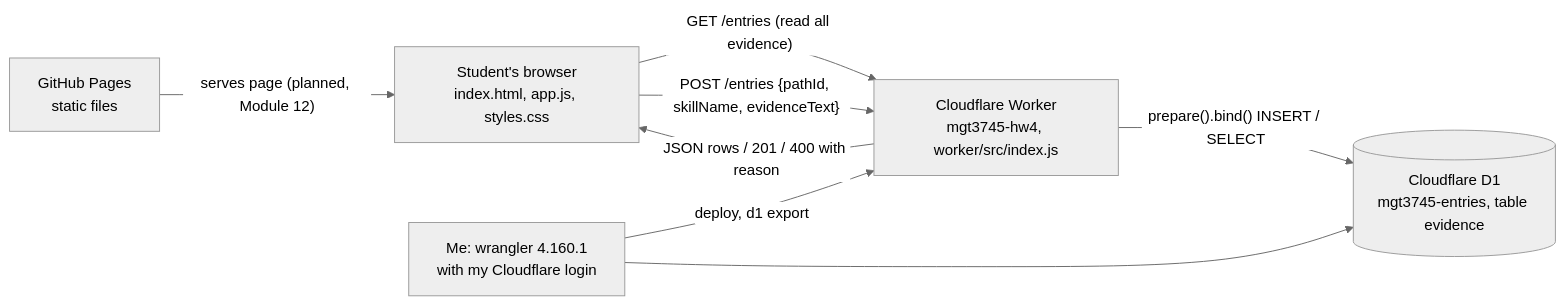
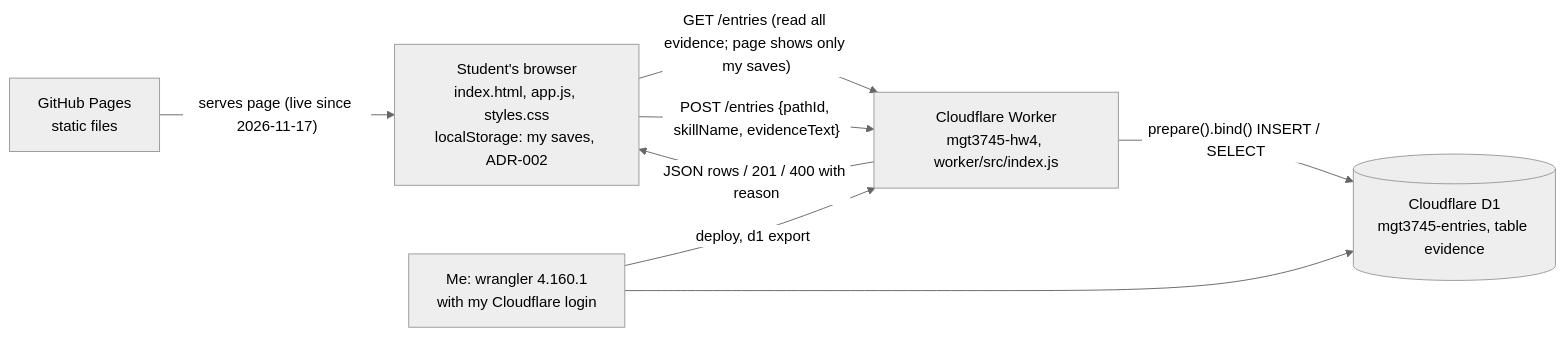
The diagram in context/ARCHITECTURE.md (ReginaChoi/mgt3745-final-ReginaChoi), drawn with Mermaid (neutral theme) before and after one commit. The commit also changed other lines of this file and 2 other files, not shown here.

Commit message:
ADR-002 (own evidence only, ADR-001 reversal trigger hit), FEATURES AC-6 failure and AC-14 to AC-16, Trust Boundary

````diff
--- a/context/ARCHITECTURE.md
+++ b/context/ARCHITECTURE.md
@@ -7,10 +7,10 @@
 ```mermaid
 flowchart LR
-  S[Student's browser<br/>index.html, app.js, styles.css] -- "GET /entries (read all evidence)" --> W
+  S[Student's browser<br/>index.html, app.js, styles.css<br/>localStorage: my saves, ADR-002] -- "GET /entries (read all evidence; page shows only my saves)" --> W
   S -- "POST /entries {pathId, skillName, evidenceText}" --> W
   W[Cloudflare Worker<br/>mgt3745-hw4, worker/src/index.js] -- "prepare().bind() INSERT / SELECT" --> D[(Cloudflare D1<br/>mgt3745-entries, table evidence)]
   W -- "JSON rows / 201 / 400 with reason" --> S
-  P[GitHub Pages<br/>static files] -- "serves page (planned, Module 12)" --> S
+  P[GitHub Pages<br/>static files] -- "serves page (live since 2026-11-17)" --> S
   Dev[Me: wrangler 4.160.1<br/>with my Cloudflare login] -- "deploy, d1 export" --> W
   Dev --> D
 ```
````
